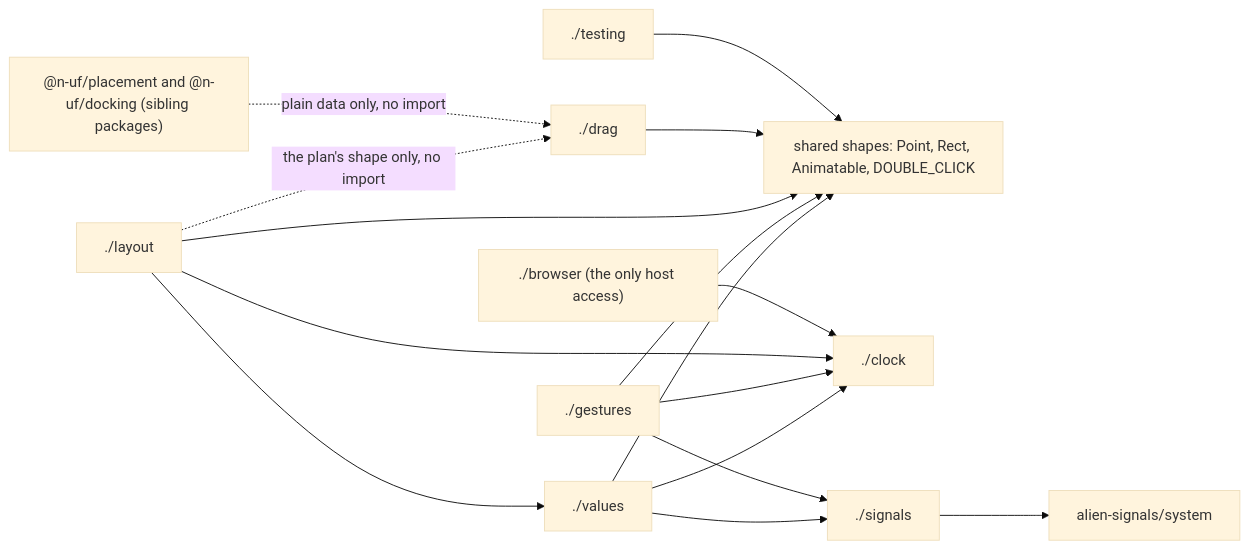
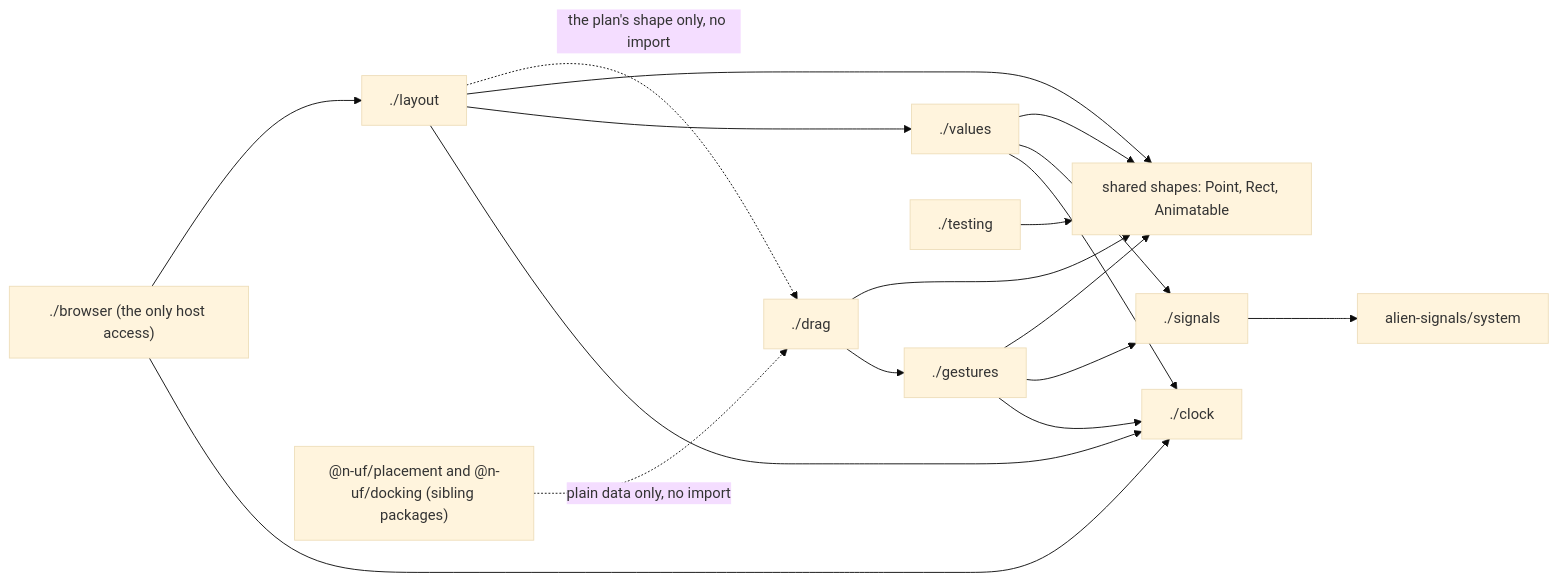
Before and after one commit to n-uf/motion: the first of 2 diagrams in docs/motion.md, drawn with Mermaid (base theme). The commit also changed other lines of this file and 3 other files, not shown here.

````diff
--- a/docs/motion.md
+++ b/docs/motion.md
@@ -56,29 +56,31 @@
 ```mermaid
 flowchart LR
-  shared["shared shapes: Point, Rect, Animatable, DOUBLE_CLICK"]
+  shared["shared shapes: Point, Rect, Animatable"]
   clock["./clock"]
   signals["./signals"]
   values["./values"]
   gestures["./gestures"]
   layout["./layout"]
   drag["./drag"]
   testing["./testing"]
   browser["./browser (the only host access)"]
   alien["alien-signals/system"]
   placement["@n-uf/placement and @n-uf/docking (sibling packages)"]
   signals --> alien
   values --> clock
   values --> signals
   gestures --> clock
   gestures --> signals
   layout --> clock
   layout --> values
   browser --> clock
+  browser --> layout
+  drag --> gestures
   values --> shared
   gestures --> shared
   layout --> shared
   drag --> shared
   testing --> shared
   layout -. "the plan's shape only, no import" .-> drag
   placement -. "plain data only, no import" .-> drag
 ```
````
